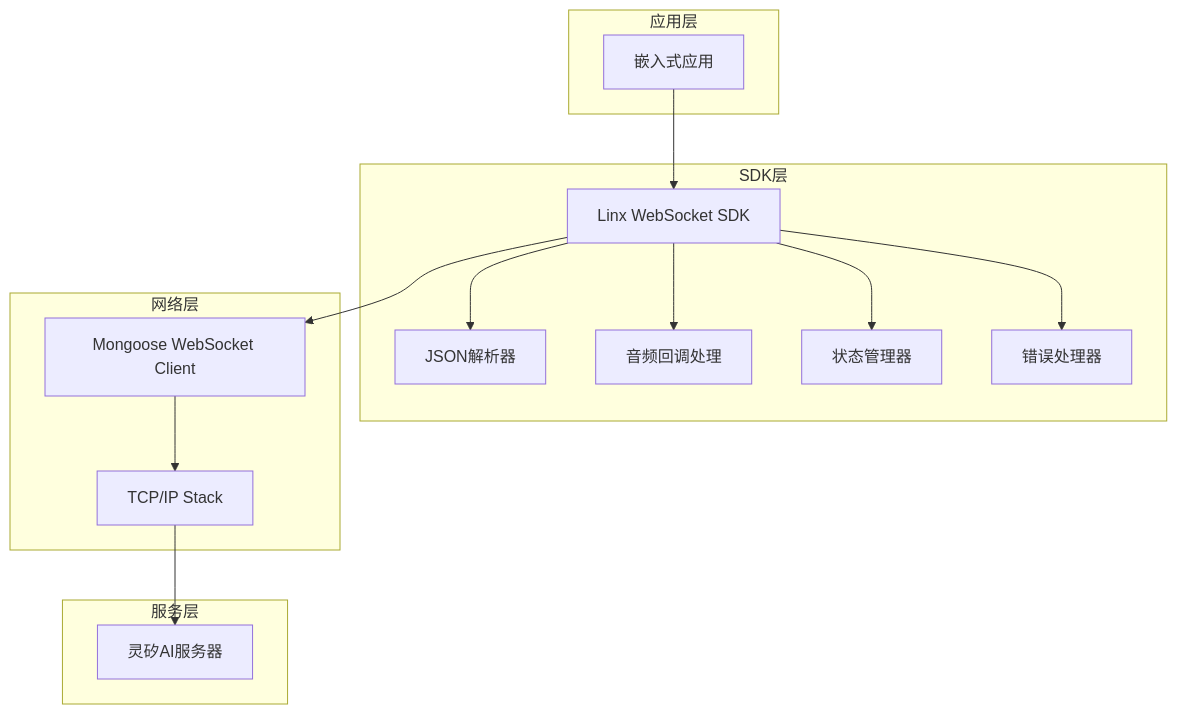
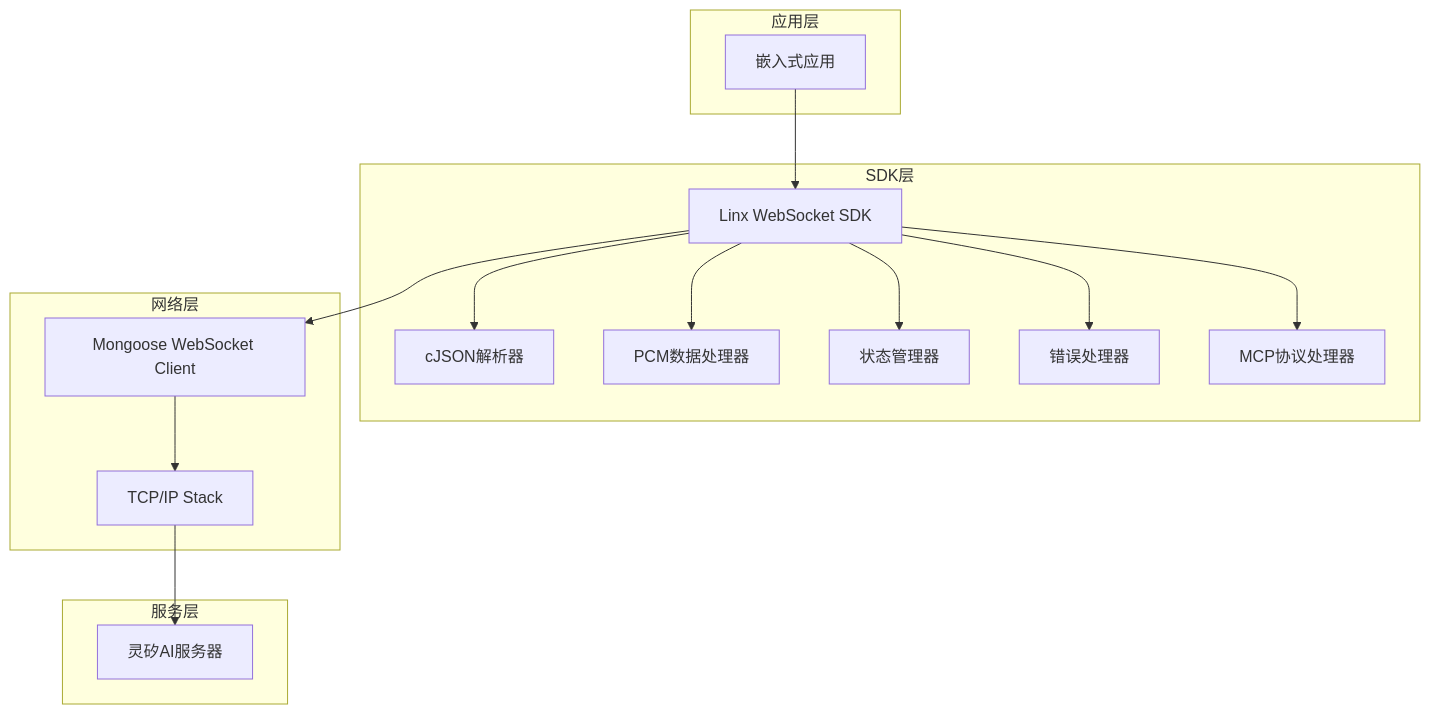
The first of 3 diagrams in .trae/documents/linx_websocket_sdk_architecture.md (sunqirui1987/linx-mongoose), drawn with Mermaid before and after one commit. The commit also changed other lines of this file and 17 other files, not shown here.

````diff
--- a/.trae/documents/linx_websocket_sdk_architecture.md
+++ b/.trae/documents/linx_websocket_sdk_architecture.md
@@ -5,32 +5,34 @@
 ```mermaid
 graph TD
     A[嵌入式应用] --> B[Linx WebSocket SDK]
     B --> C[Mongoose WebSocket Client]
     C --> D[TCP/IP Stack]
     D --> E[灵矽AI服务器]
     
     subgraph "应用层"
         A
     end
     
     subgraph "SDK层"
         B
-        F[JSON解析器]
-        G[音频回调处理]
+        F[cJSON解析器]
+        G[PCM数据处理器]
         H[状态管理器]
         I[错误处理器]
+        K[MCP协议处理器]
         B --> F
         B --> G
         B --> H
         B --> I
+        B --> K
     end
     
     subgraph "网络层"
         C
         D
     end
     
     subgraph "服务层"
         E
     end
 ```
````
